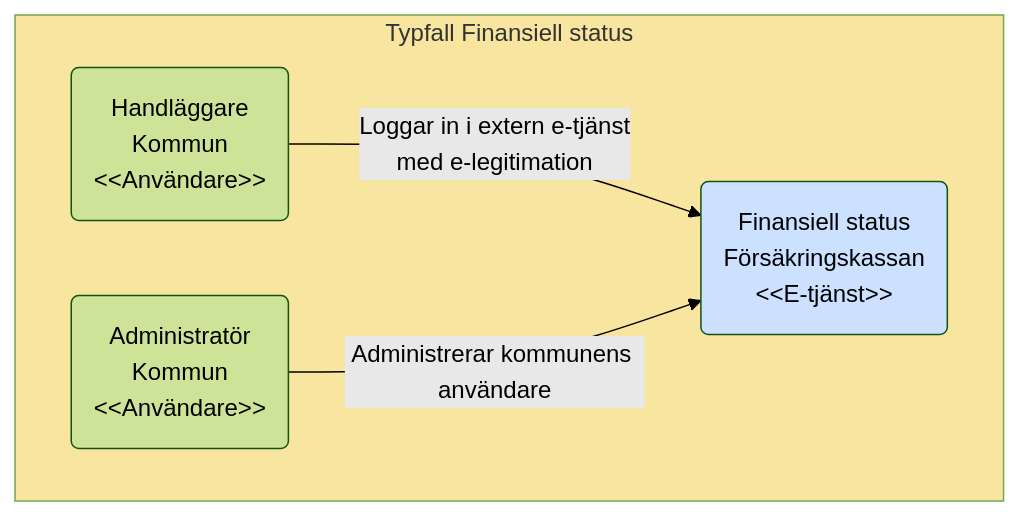
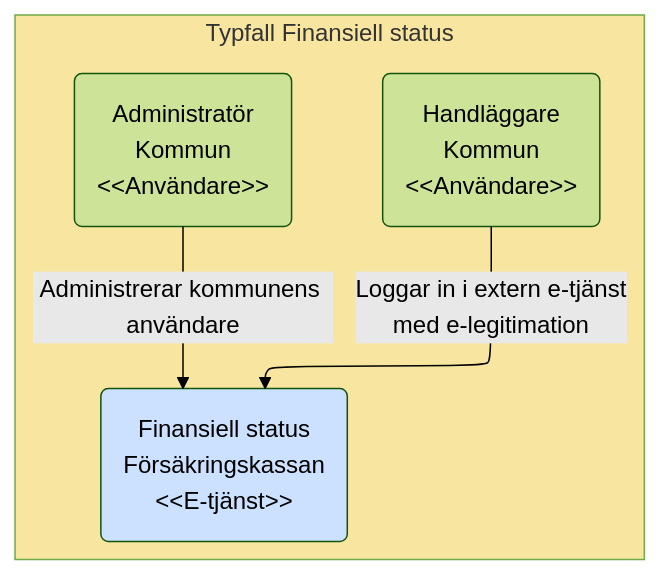
One commit to diggsweden/ena-authorization changed the ninth of 11 diagrams in architecture/drafts/IAM_TargetArchitecture_Sweden.md. Above: the diagram before and after it, drawn with Mermaid (forest theme). The commit also changed other lines of this file, not shown here.

````diff
--- a/architecture/drafts/IAM_TargetArchitecture_Sweden.md
+++ b/architecture/drafts/IAM_TargetArchitecture_Sweden.md
@@ -317,17 +330,18 @@
 ```mermaid
+%%{init: {"flowchart": {"defaultRenderer": "elk"}} }%%
 flowchart TB
 
 classDef org fill:#F8E5A0
 classDef comp fill:#CCE1FF
 classDef box fill:#ffffff,stroke:#000000
 
 A(Handläggare<br>Kommun<br>&lt&ltAnvändare&gt&gt)
 B(Finansiell status<br>Försäkringskassan<br>&lt&ltE-tjänst&gt&gt):::comp
 C(Administratör<br>Kommun<br>&lt&ltAnvändare&gt&gt)
 
 subgraph t[Typfall Finansiell status]
 A -->|Loggar in i extern e-tjänst<br> med e-legitimation | B
 C -->|Administrerar kommunens användare | B
 end
 t:::org
 ```
````
